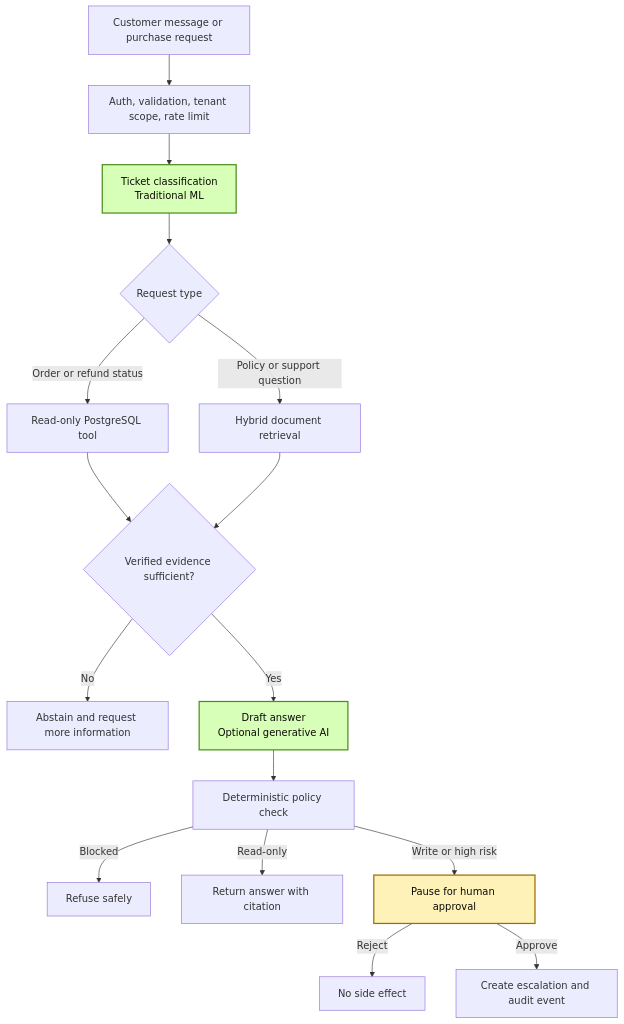
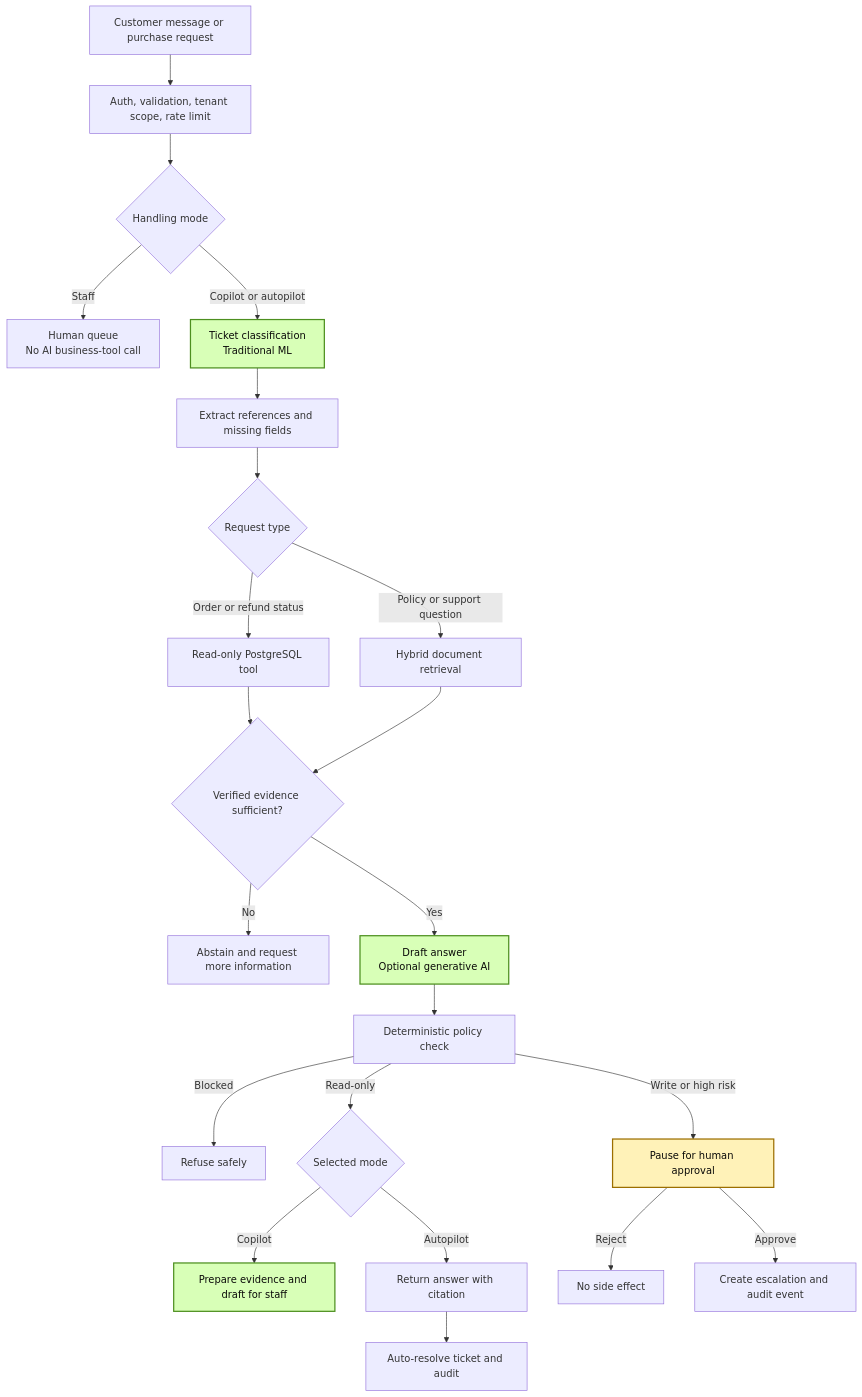
The second of 2 diagrams in README.md (kingggg5/pilotai), drawn with Mermaid before and after one commit. The commit also changed other lines of this file and 51 other files, not shown here.

````diff
--- a/README.md
+++ b/README.md
@@ -59,23 +61,29 @@
 ```mermaid
 flowchart TD
     A["Customer message or purchase request"] --> B["Auth, validation, tenant scope, rate limit"]
-    B --> C["Ticket classification<br/>Traditional ML"]
-    C --> D{"Request type"}
+    B --> Q{"Handling mode"}
+    Q -->|"Staff"| R["Human queue<br/>No AI business-tool call"]
+    Q -->|"Copilot or autopilot"| C["Ticket classification<br/>Traditional ML"]
+    C --> X["Extract references and missing fields"]
+    X --> D{"Request type"}
     D -->|"Order or refund status"| E["Read-only PostgreSQL tool"]
     D -->|"Policy or support question"| F["Hybrid document retrieval"]
     E --> G{"Verified evidence sufficient?"}
     F --> G
     G -->|"No"| H["Abstain and request more information"]
     G -->|"Yes"| I["Draft answer<br/>Optional generative AI"]
     I --> J["Deterministic policy check"]
     J -->|"Blocked"| K["Refuse safely"]
-    J -->|"Read-only"| L["Return answer with citation"]
+    J -->|"Read-only"| V{"Selected mode"}
+    V -->|"Copilot"| U["Prepare evidence and draft for staff"]
+    V -->|"Autopilot"| L["Return answer with citation"]
+    L --> P["Auto-resolve ticket and audit"]
     J -->|"Write or high risk"| M["Pause for human approval"]
     M -->|"Reject"| N["No side effect"]
     M -->|"Approve"| O["Create escalation and audit event"]
 
     classDef ai fill:#d8ffb7,stroke:#4d8f1f,color:#0a0a08,stroke-width:2px;
     classDef human fill:#fff2b8,stroke:#9c6f00,color:#0a0a08,stroke-width:2px;
-    class C,I ai;
+    class C,I,U ai;
     class M human;
 ```
````
